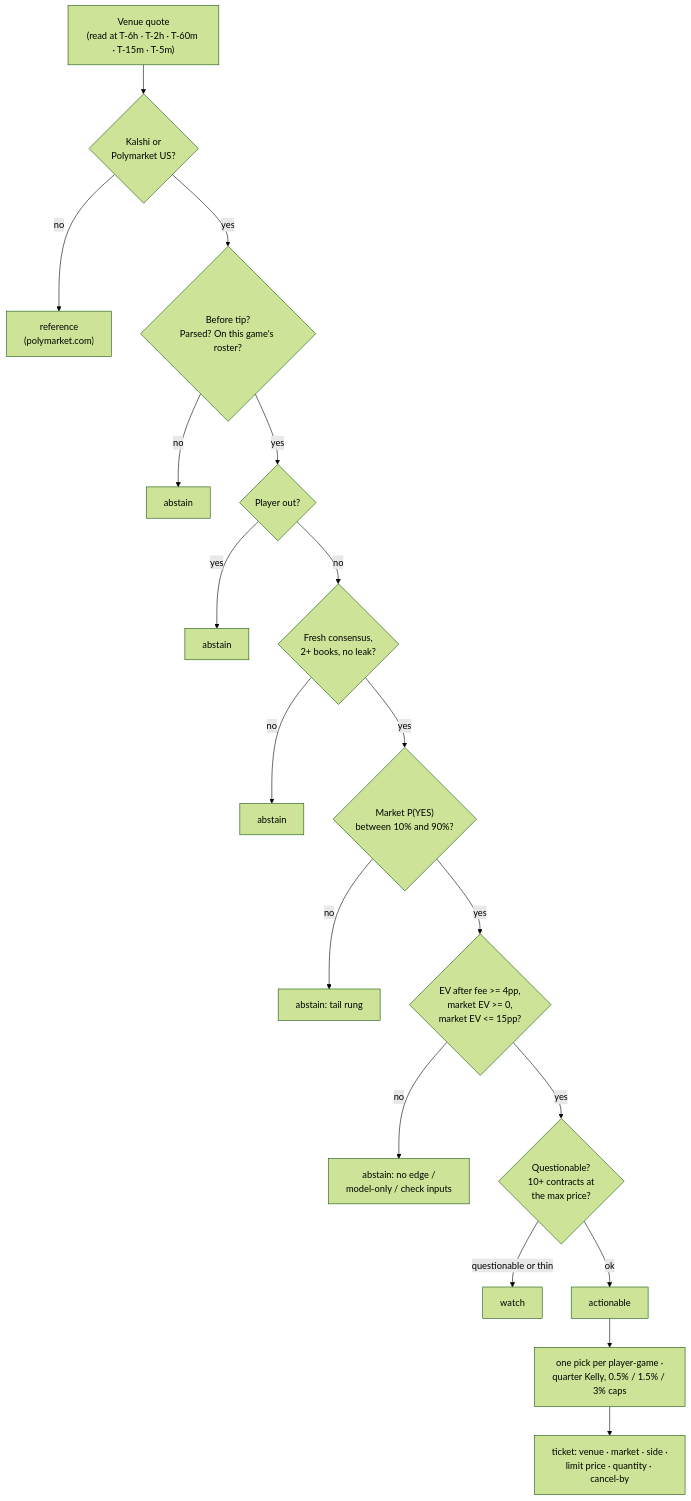
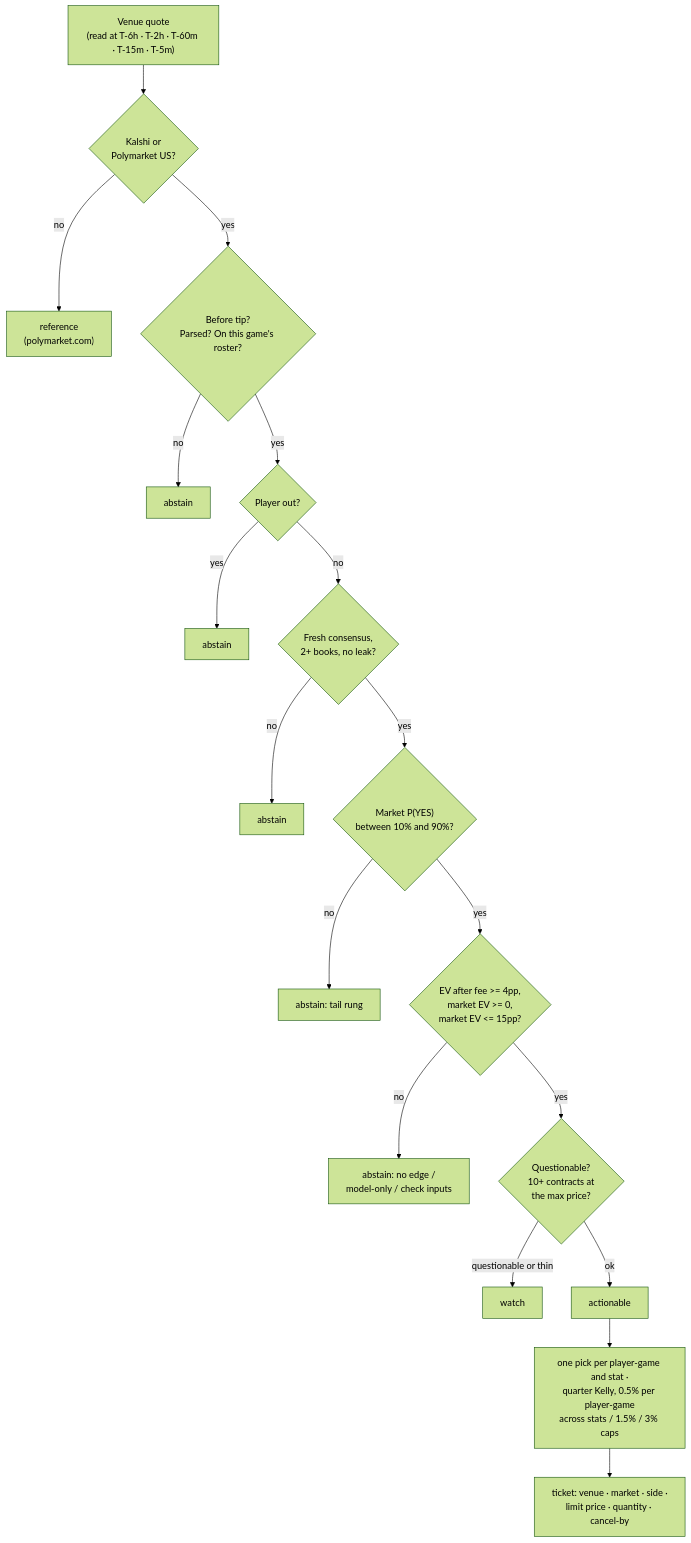
One commit to RohanRepala0/NBA_RFQ_2026_Models changed the third of 5 diagrams in docs/ARCHITECTURE.md. Above: the diagram before and after it, drawn with Mermaid (forest theme). The commit also changed other lines of this file and 50 other files, not shown here.

````diff
--- a/docs/ARCHITECTURE.md
+++ b/docs/ARCHITECTURE.md
@@ -119,20 +119,20 @@
 ```mermaid
 flowchart TB
     Q["Venue quote<br/>(read at T-6h · T-2h · T-60m · T-15m · T-5m)"] --> V{"Kalshi or<br/>Polymarket US?"}
     V -- no --> REF["reference<br/>(polymarket.com)"]
     V -- yes --> T{"Before tip?<br/>Parsed? On this game's roster?"}
     T -- no --> AB1["abstain"]
     T -- yes --> S{"Player out?"}
     S -- yes --> AB2["abstain"]
     S -- no --> C{"Fresh consensus,<br/>2+ books, no leak?"}
     C -- no --> AB3["abstain"]
     C -- yes --> TL{"Market P(YES)<br/>between 10% and 90%?"}
     TL -- no --> AB4["abstain: tail rung"]
     TL -- yes --> EV{"EV after fee >= 4pp,<br/>market EV >= 0,<br/>market EV <= 15pp?"}
     EV -- no --> AB5["abstain: no edge /<br/>model-only / check inputs"]
     EV -- yes --> Z{"Questionable?<br/>10+ contracts at<br/>the max price?"}
     Z -- "questionable or thin" --> W["watch"]
     Z -- ok --> A["actionable"]
-    A --> P["one pick per player-game ·<br/>quarter Kelly, 0.5% / 1.5% / 3% caps"]
+    A --> P["one pick per player-game and stat ·<br/>quarter Kelly, 0.5% per player-game<br/>across stats / 1.5% / 3% caps"]
     P --> TK["ticket: venue · market · side ·<br/>limit price · quantity · cancel-by"]
 ```
````
